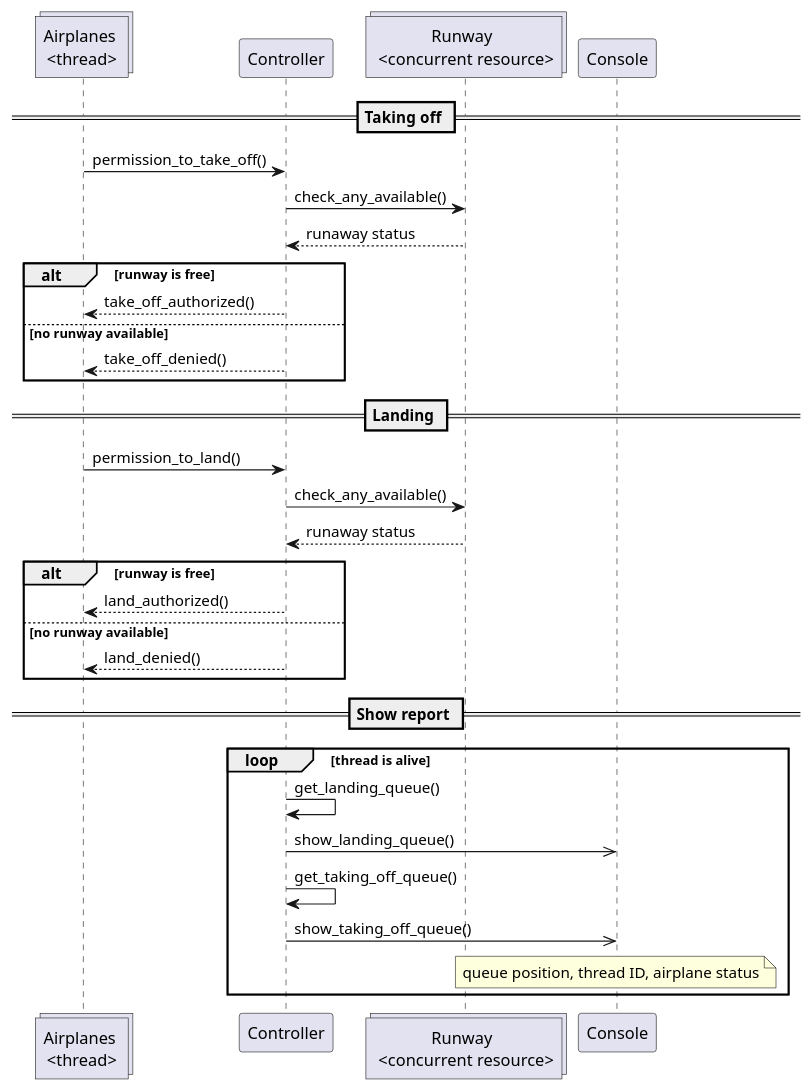
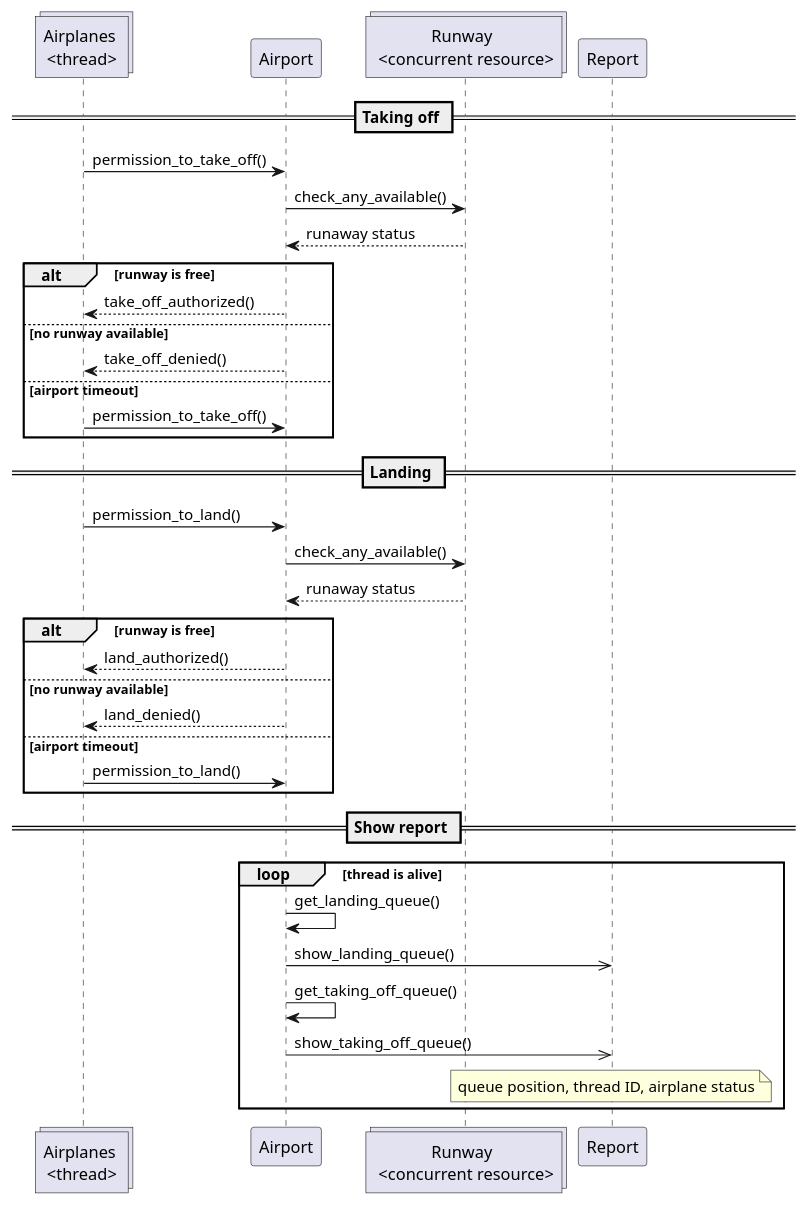
One commit to hungrh-pj/airport-simulator changed the diagram in doc/seq-controller.puml. Above: the diagram before and after it, drawn with PlantUML. The commit also changed 2 other files, not shown here.

Commit message:
- Added class diagram - Updated sequence diagram

```diff
--- a/doc/seq-controller.puml
+++ b/doc/seq-controller.puml
@@ -1,51 +1,55 @@
 @startuml
 
 ' https://www.uml-diagrams.org/sequence-diagrams.html
 
 collections "Airplanes \n<thread>" as airplanes
-participant "Controller" as controller
+participant "Airport" as airport
 collections "Runway \n <concurrent resource>" as runways
-participant "Console" as output_report
+participant "Report" as output_report
 
 == Taking off ==
 
 
-airplanes -> controller : permission_to_take_off()
-controller -> runways : check_any_available()
-runways --> controller : runaway status
+airplanes -> airport : permission_to_take_off()
+airport -> runways : check_any_available()
+runways --> airport : runaway status
 alt runway is free
-    controller --> airplanes : take_off_authorized()
+    airport --> airplanes : take_off_authorized()
 else no runway available
-    controller --> airplanes : take_off_denied()
+    airport --> airplanes : take_off_denied()
+else airport timeout
+    airplanes -> airport : permission_to_take_off()
 end
 
 
 == Landing ==
 
 
-airplanes -> controller : permission_to_land()
-controller -> runways : check_any_available()
-runways --> controller : runaway status
+airplanes -> airport : permission_to_land()
+airport -> runways : check_any_available()
+runways --> airport : runaway status
 alt runway is free
-    controller --> airplanes : land_authorized()
+    airport --> airplanes : land_authorized()
 else no runway available
-    controller --> airplanes : land_denied()
+    airport --> airplanes : land_denied()
+else airport timeout
+    airplanes -> airport : permission_to_land()
 end
 
 
 == Show report ==
 
 loop thread is alive
-    controller -> controller : get_landing_queue()
-    controller ->> output_report : show_landing_queue()
-    controller -> controller : get_taking_off_queue()
-    controller ->> output_report : show_taking_off_queue()
+    airport -> airport : get_landing_queue()
+    airport ->> output_report : show_landing_queue()
+    airport -> airport : get_taking_off_queue()
+    airport ->> output_report : show_taking_off_queue()
     note over output_report
         queue position, thread ID, airplane status
     end note
 end
 
 
 
 
 @enduml
```
